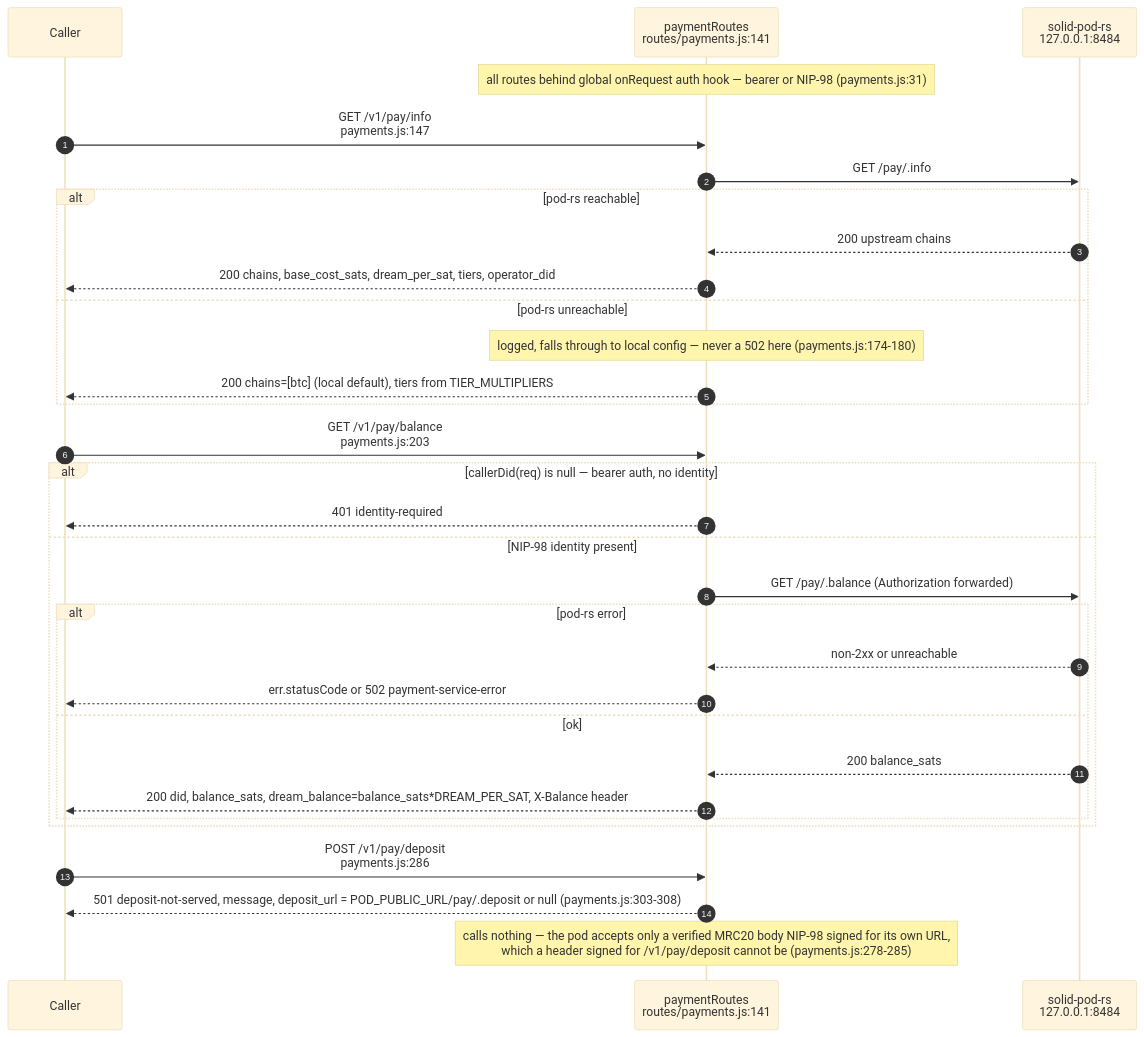
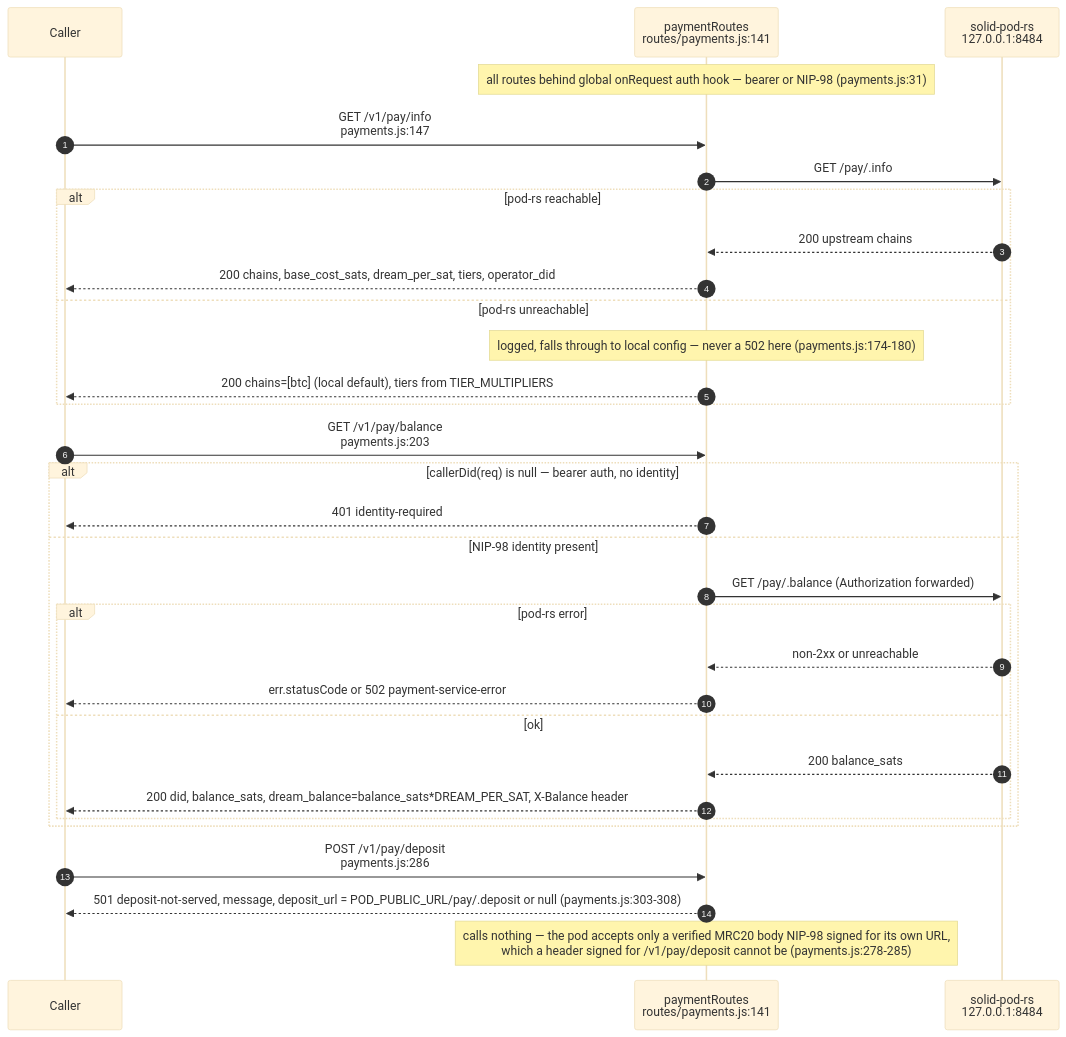
One commit to DreamLab-AI/VisionFlow changed the seventh of 15 diagrams in docs/diagrams/agentbox/15-capability-gating-spend-consultants.md. Above: the diagram before and after it, drawn with Mermaid (base theme). The commit also changed other lines of this file and 18 other files, not shown here.

First line of the commit message:
docs(diagrams): successor-only repair convention and aliases in the gate; external-triage corpus fixes and register rows

````diff
--- a/docs/diagrams/agentbox/15-capability-gating-spend-consultants.md
+++ b/docs/diagrams/agentbox/15-capability-gating-spend-consultants.md
@@ -339,37 +339,37 @@
 ```mermaid
 sequenceDiagram
     autonumber
     participant C as Caller
     participant R as paymentRoutes<br/>routes/payments.js:141
     participant Pod as solid-pod-rs<br/>127.0.0.1:8484
 
     Note over R: all routes behind global onRequest auth hook — bearer or NIP-98 (payments.js:31)
 
     C->>R: GET /v1/pay/info<br/>payments.js:147
     R->>Pod: GET /pay/.info
     alt pod-rs reachable
         Pod-->>R: 200 upstream chains
         R-->>C: 200 chains, base_cost_sats, dream_per_sat, tiers, operator_did
     else pod-rs unreachable
         Note over R: logged, falls through to local config — never a 502 here (payments.js:174-180)
-        R-->>C: 200 chains=#91;btc#93; #40;local default#41;, tiers from TIER_MULTIPLIERS
+        R-->>C: 200 chains=[btc] (local default), tiers from TIER_MULTIPLIERS
     end
 
     C->>R: GET /v1/pay/balance<br/>payments.js:203
     alt callerDid(req) is null — bearer auth, no identity
         R-->>C: 401 identity-required
     else NIP-98 identity present
-        R->>Pod: GET /pay/.balance #40;Authorization forwarded#41;
+        R->>Pod: GET /pay/.balance (Authorization forwarded)
         alt pod-rs error
             Pod-->>R: non-2xx or unreachable
             R-->>C: err.statusCode or 502 payment-service-error
         else ok
             Pod-->>R: 200 balance_sats
             R-->>C: 200 did, balance_sats, dream_balance=balance_sats*DREAM_PER_SAT, X-Balance header
         end
     end
 
     C->>R: POST /v1/pay/deposit<br/>payments.js:286
     R-->>C: 501 deposit-not-served, message, deposit_url = POD_PUBLIC_URL/pay/.deposit or null (payments.js:303-308)
     Note over R: calls nothing — the pod accepts only a verified MRC20 body NIP-98 signed for its own URL,<br/>which a header signed for /v1/pay/deposit cannot be (payments.js:278-285)
 ```
````
